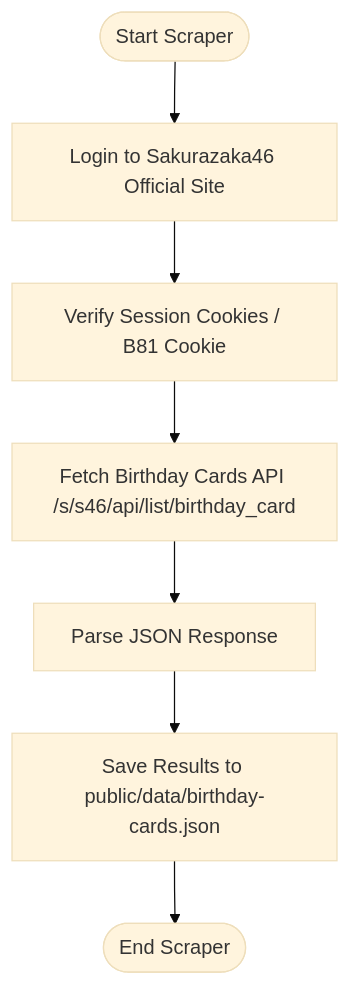
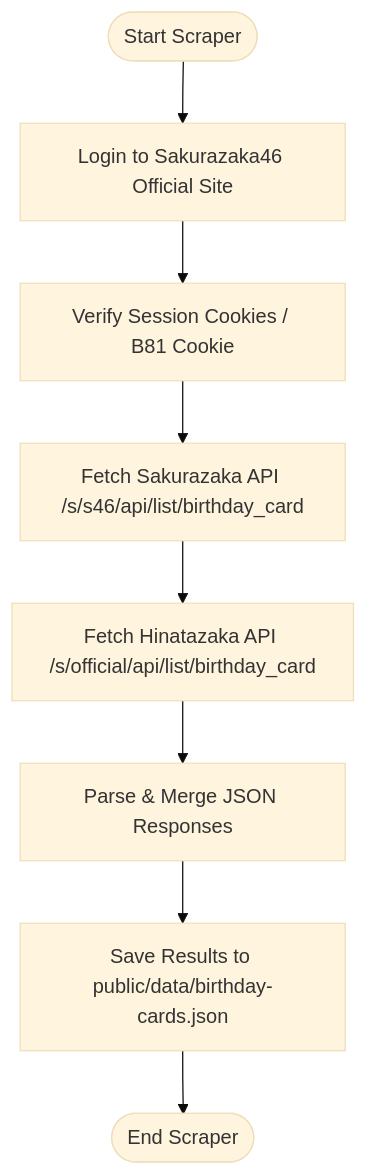
The first of 2 diagrams in ARCHITECTURE.md (Yoru0908/sakamichi-platform), drawn with Mermaid (base theme) before and after one commit. The commit also changed other lines of this file and 4 other files, not shown here.

Commit message:
feat(birthday-cards): add Hinatazaka46 scraping & dynamic UI with verified birthdays database

````diff
--- a/ARCHITECTURE.md
+++ b/ARCHITECTURE.md
@@ -7,9 +7,10 @@
 ```mermaid
 flowchart TD
-    Start([Start Scraper]) --> Login[Login to Sakurazaka46 Official Site]
-    Login --> Verify[Verify Session Cookies / B81 Cookie]
-    Verify --> FetchAPI[Fetch Birthday Cards API /s/s46/api/list/birthday_card]
-    FetchAPI --> ParseAPI[Parse JSON Response]
-    ParseAPI --> Save[Save Results to public/data/birthday-cards.json]
+    Start([Start Scraper]) --> LoginSakura[Login to Sakurazaka46 Official Site]
+    LoginSakura --> VerifySakura[Verify Session Cookies / B81 Cookie]
+    VerifySakura --> FetchSakuraAPI[Fetch Sakurazaka API /s/s46/api/list/birthday_card]
+    FetchSakuraAPI --> FetchHinataAPI[Fetch Hinatazaka API /s/official/api/list/birthday_card]
+    FetchHinataAPI --> ParseAndMerge[Parse & Merge JSON Responses]
+    ParseAndMerge --> Save[Save Results to public/data/birthday-cards.json]
     Save --> End([End Scraper])
 ```
````
